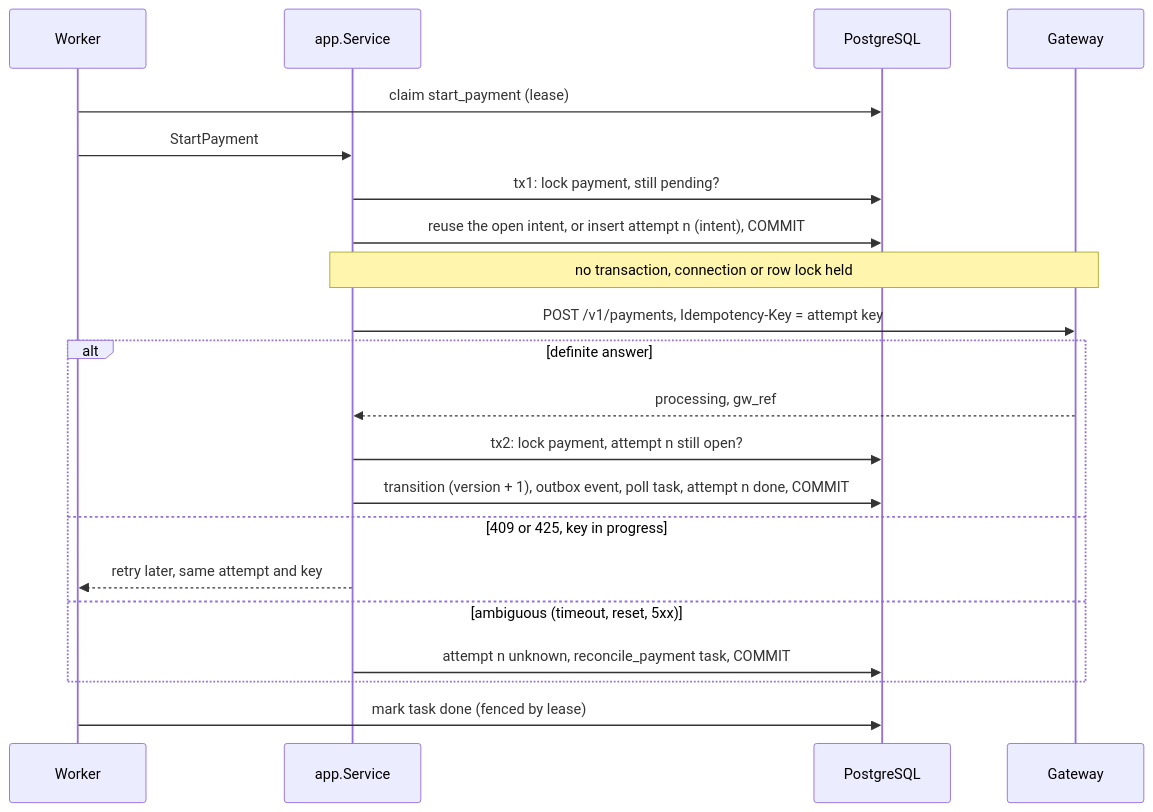
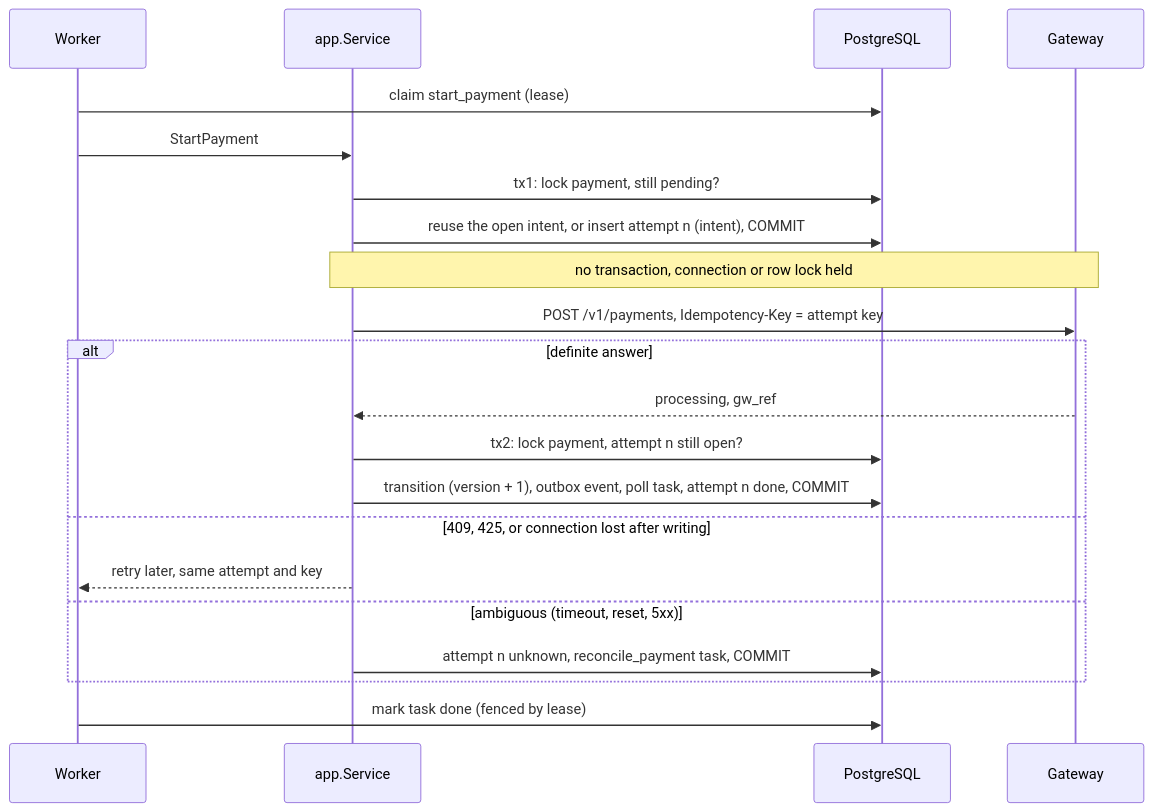
The fifth of 11 diagrams in docs/ARCHITECTURE.md (aleksbeloushkin-srb/go-payments-reference), drawn with Mermaid before and after one commit. The commit also changed 5 other files, not shown here.

````diff
--- a/docs/ARCHITECTURE.md
+++ b/docs/ARCHITECTURE.md
@@ -190,23 +190,23 @@
 ```mermaid
 sequenceDiagram
     participant W as Worker
     participant S as app.Service
     participant DB as PostgreSQL
     participant G as Gateway
     W->>DB: claim start_payment (lease)
     W->>S: StartPayment
     S->>DB: tx1: lock payment, still pending?
     S->>DB: reuse the open intent, or insert attempt n (intent), COMMIT
     Note over S,G: no transaction, connection or row lock held
     S->>G: POST /v1/payments, Idempotency-Key = attempt key
     alt definite answer
         G-->>S: processing, gw_ref
         S->>DB: tx2: lock payment, attempt n still open?
         S->>DB: transition (version + 1), outbox event, poll task, attempt n done, COMMIT
-    else 409 or 425, key in progress
+    else 409, 425, or connection lost after writing
         S-->>W: retry later, same attempt and key
     else ambiguous (timeout, reset, 5xx)
         S->>DB: attempt n unknown, reconcile_payment task, COMMIT
     end
     W->>DB: mark task done (fenced by lease)
 ```
````
